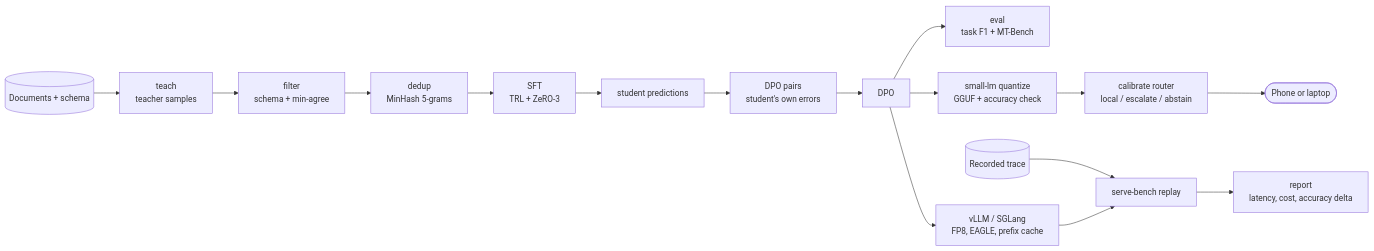
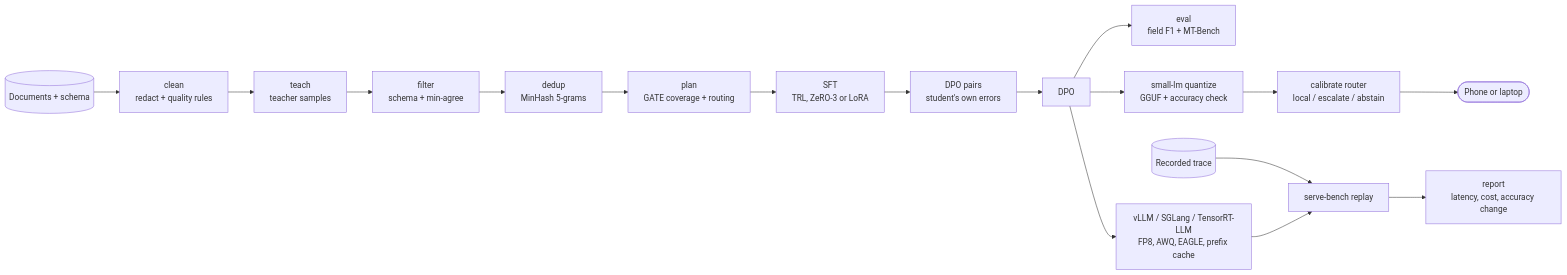
Before and after one commit to hanaml-lab/hana-models: the diagram in README.md, drawn with Mermaid. The commit also changed other lines of this file and 5 other files, not shown here.

````diff
--- a/README.md
+++ b/README.md
@@ -16,20 +68,21 @@
 ```mermaid
 flowchart LR
-    docs[(Documents + schema)] --> teach[teach<br/>teacher samples]
+    docs[(Documents + schema)] --> clean[clean<br/>redact + quality rules]
+    clean --> teach[teach<br/>teacher samples]
     teach --> filter[filter<br/>schema + min-agree]
     filter --> dedup[dedup<br/>MinHash 5-grams]
-    dedup --> sft[SFT<br/>TRL + ZeRO-3]
-    sft --> predict[student predictions]
-    predict --> pairs[DPO pairs<br/>student's own errors]
+    dedup --> plan[plan<br/>GATE coverage + routing]
+    plan --> sft[SFT<br/>TRL, ZeRO-3 or LoRA]
+    sft --> pairs[DPO pairs<br/>student's own errors]
     pairs --> dpo[DPO]
-    dpo --> eval[eval<br/>task F1 + MT-Bench]
+    dpo --> eval[eval<br/>field F1 + MT-Bench]
 
     dpo --> quant[small-lm quantize<br/>GGUF + accuracy check]
     quant --> router[calibrate router<br/>local / escalate / abstain]
     router --> device([Phone or laptop])
 
-    dpo --> serve[vLLM / SGLang<br/>FP8, EAGLE, prefix cache]
+    dpo --> serve[vLLM / SGLang / TensorRT-LLM<br/>FP8, AWQ, EAGLE, prefix cache]
     trace[(Recorded trace)] --> replay[serve-bench replay]
     serve --> replay
-    replay --> report[report<br/>latency, cost, accuracy delta]
+    replay --> report[report<br/>latency, cost, accuracy change]
 ```
````
